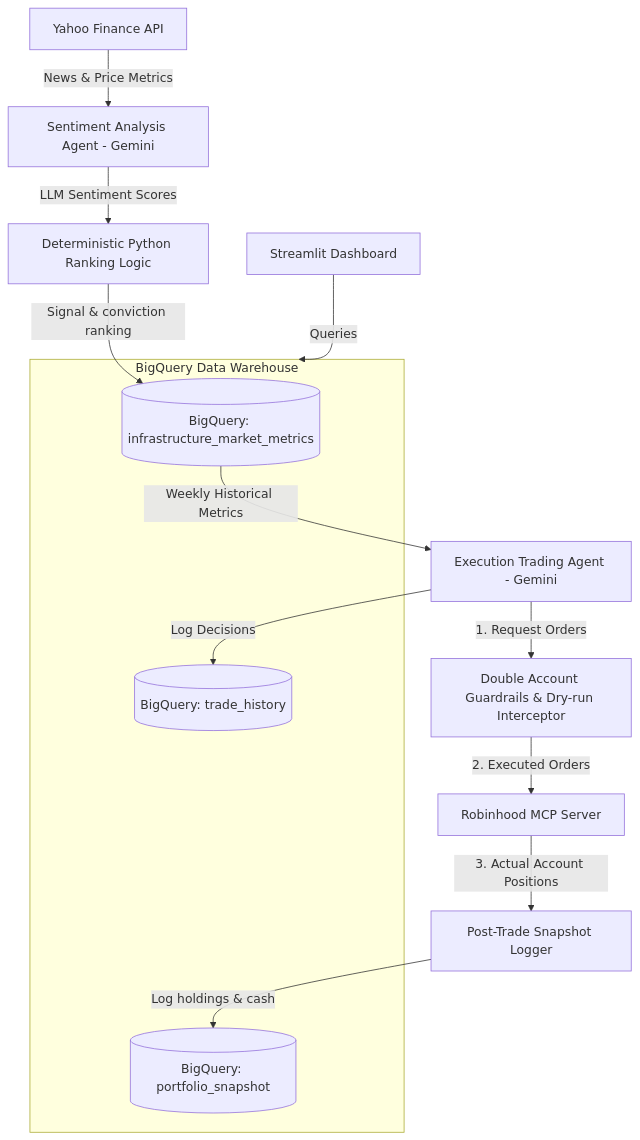
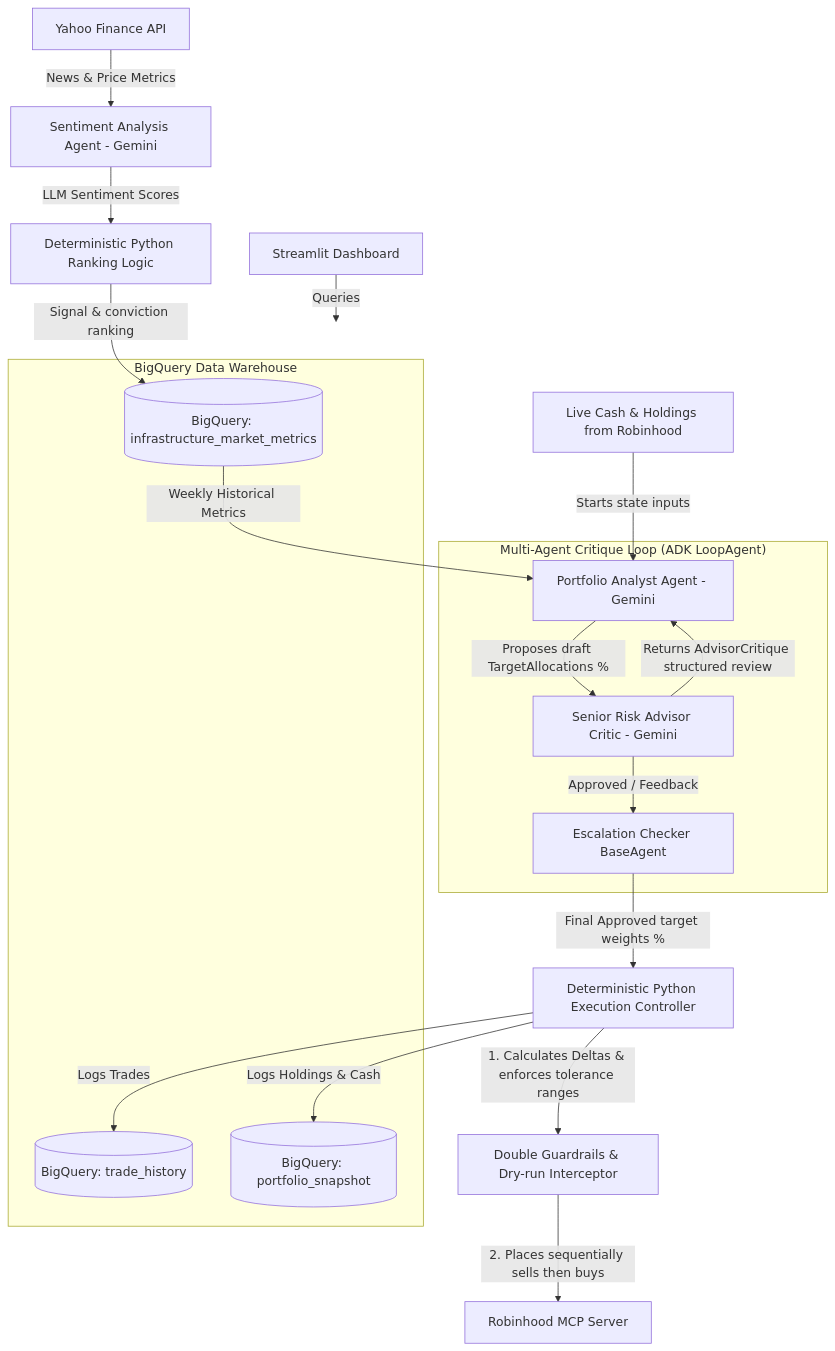
One commit to Ameenota/stock-trader changed the first of 2 diagrams in README.md. Above: the diagram before and after it, drawn with Mermaid. The commit also changed other lines of this file and 5 other files, not shown here.

Commit message:
Refactor: Decouple financial reasoning from execution using ADK LoopAgent debate loop and ExecutionController, relocate daily analysis pipeline

````diff
--- a/README.md
+++ b/README.md
@@ -16,22 +16,30 @@
 ```mermaid
 graph TD
     News[Yahoo Finance API] -->|News & Price Metrics| SA[Sentiment Analysis Agent - Gemini]
     SA -->|LLM Sentiment Scores| PR[Deterministic Python Ranking Logic]
     PR -->|Signal & conviction ranking| BQ1[(BigQuery: infrastructure_market_metrics)]
     
-    BQ1 -->|Weekly Historical Metrics| TA[Execution Trading Agent - Gemini]
-    TA -->|1. Request Orders| Guardrail[Double Account Guardrails & Dry-run Interceptor]
-    Guardrail -->|2. Executed Orders| MCP[Robinhood MCP Server]
-    MCP -->|3. Actual Account Positions| Snapshot[Post-Trade Snapshot Logger]
+    subgraph MultiAgentLoop ["Multi-Agent Critique Loop (ADK LoopAgent)"]
+        PA[Portfolio Analyst Agent - Gemini] -->|Proposes draft TargetAllocations %| SRA[Senior Risk Advisor Critic - Gemini]
+        SRA -->|Returns AdvisorCritique structured review| PA
+        SRA -->|Approved / Feedback| EC[Escalation Checker BaseAgent]
+    end
     
-    TA -->|Log Decisions| BQ2[(BigQuery: trade_history)]
-    Snapshot -->|Log holdings & cash| BQ3[(BigQuery: portfolio_snapshot)]
+    BQ1 -->|Weekly Historical Metrics| PA
+    LiveBroker[Live Cash & Holdings from Robinhood] -->|Starts state inputs| PA
+    
+    EC -->|Final Approved target weights %| Exec[Deterministic Python Execution Controller]
+    Exec -->|1. Calculates Deltas & enforces tolerance ranges| Guardrail[Double Guardrails & Dry-run Interceptor]
+    Guardrail -->|2. Places sequentially sells then buys| MCP[Robinhood MCP Server]
+    
+    Exec -->|Logs Trades| BQ2[(BigQuery: trade_history)]
+    Exec -->|Logs Holdings & Cash| BQ3[(BigQuery: portfolio_snapshot)]
     
     subgraph BQ_Warehouse ["BigQuery Data Warehouse"]
         BQ1
         BQ2
         BQ3
     end
     
     Streamlit[Streamlit Dashboard] -->|Queries| BQ_Warehouse
 ```
````
